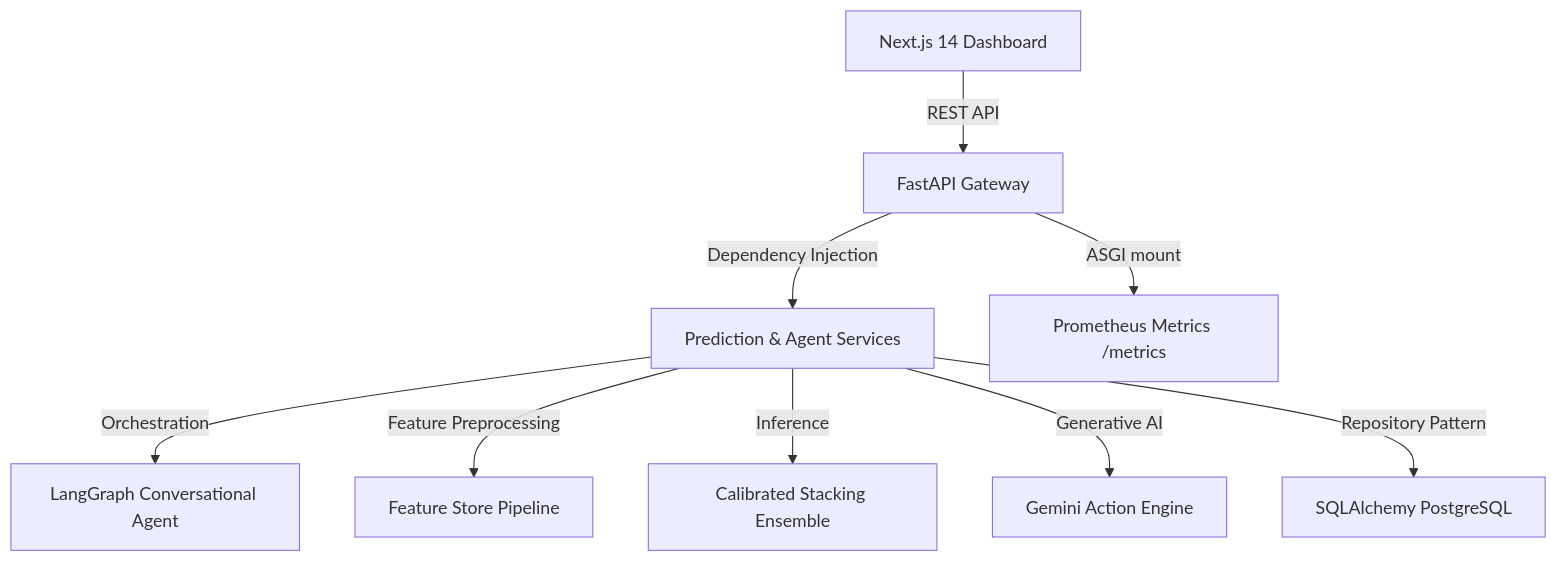
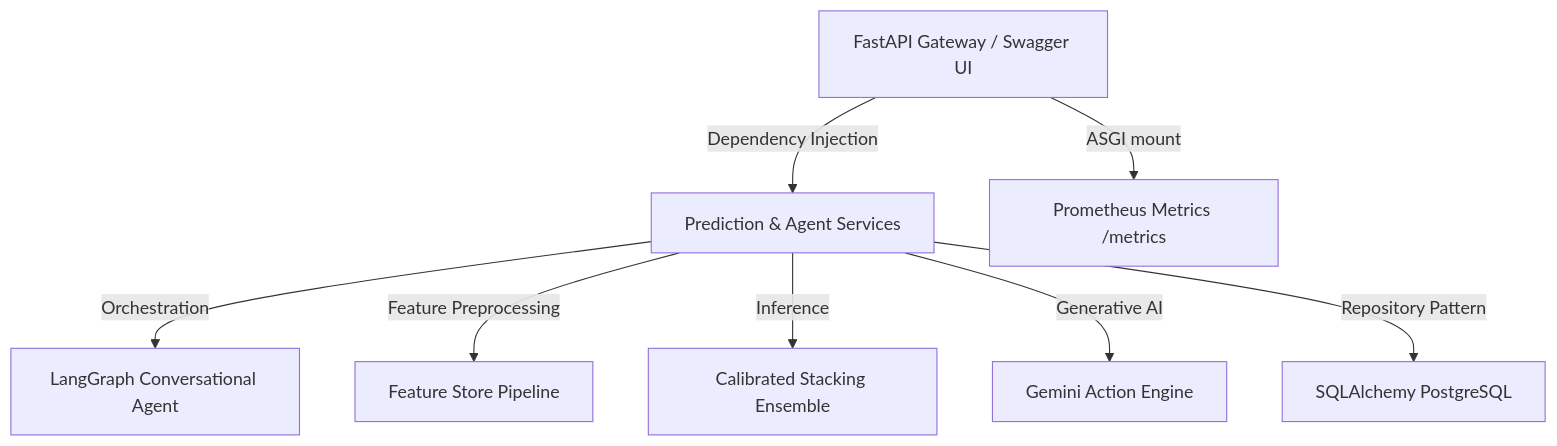
One commit to saranasai-21/Customer-Delinquency-Prediction changed the diagram in README.md. Above: the diagram before and after it, drawn with Mermaid. The commit also changed other lines of this file and 1 other file, not shown here.

Commit message:
Update README.md with Aegis banner image and API-only architecture

````diff
--- a/README.md
+++ b/README.md
@@ -11,11 +13,10 @@
 ```mermaid
 graph TD
-    A[Next.js 14 Dashboard] -->|REST API| B[FastAPI Gateway]
-    B -->|Dependency Injection| C[Prediction & Agent Services]
-    C -->|Orchestration| D[LangGraph Conversational Agent]
-    C -->|Feature Preprocessing| E[Feature Store Pipeline]
-    C -->|Inference| F[Calibrated Stacking Ensemble]
-    C -->|Generative AI| G[Gemini Action Engine]
-    C -->|Repository Pattern| H[SQLAlchemy PostgreSQL]
-    B -->|ASGI mount| I[Prometheus Metrics /metrics]
+    A[FastAPI Gateway / Swagger UI] -->|Dependency Injection| B[Prediction & Agent Services]
+    B -->|Orchestration| C[LangGraph Conversational Agent]
+    B -->|Feature Preprocessing| D[Feature Store Pipeline]
+    B -->|Inference| E[Calibrated Stacking Ensemble]
+    B -->|Generative AI| F[Gemini Action Engine]
+    B -->|Repository Pattern| G[SQLAlchemy PostgreSQL]
+    A -->|ASGI mount| H[Prometheus Metrics /metrics]
 ```
````
